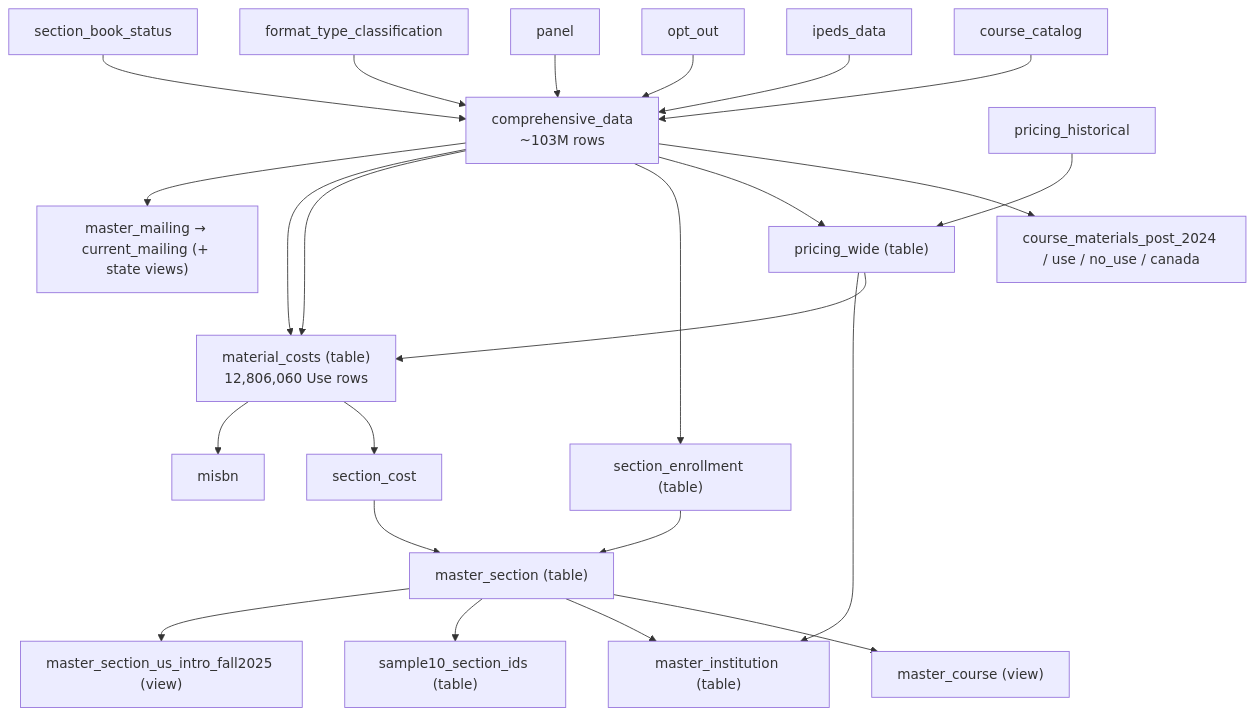
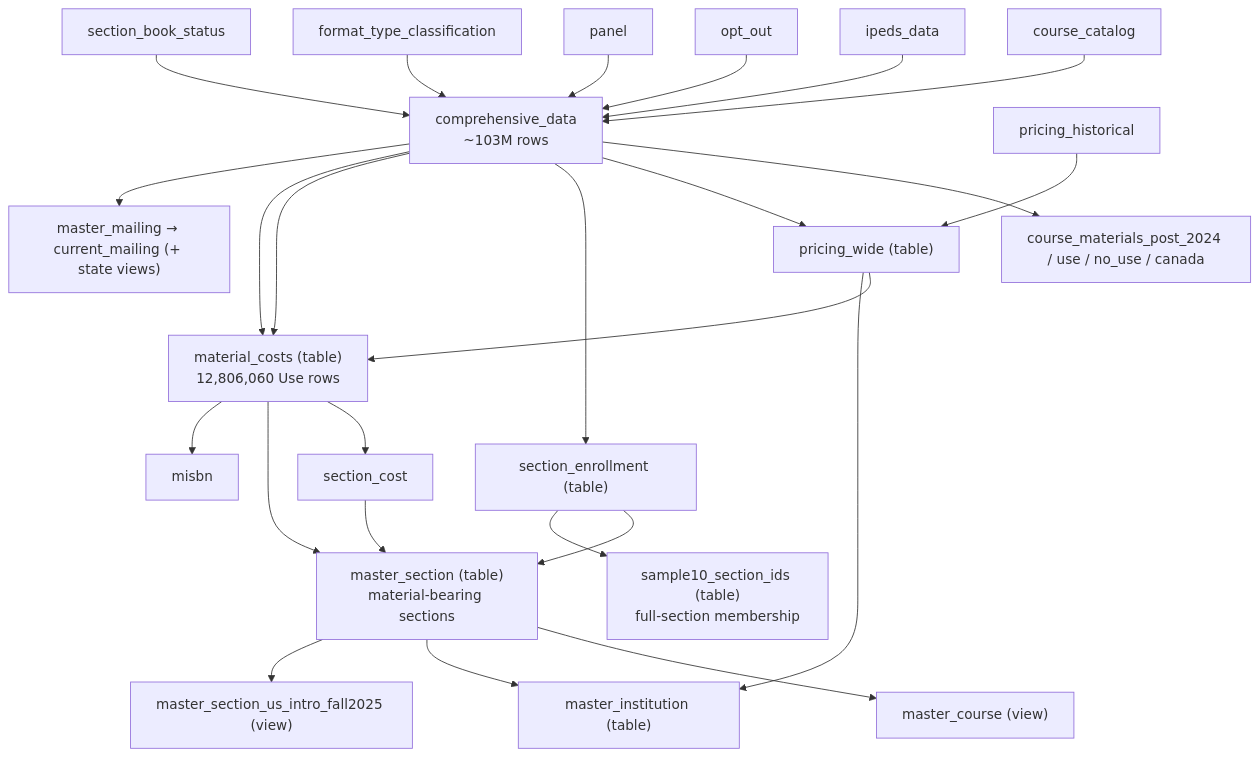
The diagram in SCHEMA.md (christopherseaman/commodoreSQL), drawn with Mermaid before and after one commit. The commit also changed other lines of this file and 41 other files, not shown here.

Commit message:
fix: align master section with material cost flow

````diff
--- a/SCHEMA.md
+++ b/SCHEMA.md
@@ -116,26 +116,27 @@
 ```mermaid
 flowchart TD
     catalog["course_catalog"] --> cd["comprehensive_data<br/>~103M rows"]
     ipeds["ipeds_data"] --> cd
     optout["opt_out"] --> cd
     panel["panel"] --> cd
     ftc["format_type_classification"] --> cd
     sbs["section_book_status"] --> cd
     cd --> pop["course_materials_post_2024 / use / no_use / canada"]
     pricing["pricing_historical"] --> pw["pricing_wide (table)"]
     cd --> pw
     cd --> se["section_enrollment (table)"]
     cd --> mcst["material_costs (table)<br/>12,806,060 Use rows"]
     pw --> mcst
     cd --> mcst
     mcst --> sc["section_cost"]
-    se --> ms["master_section (table)"]
+    mcst --> ms["master_section (table)<br/>material-bearing sections"]
+    se --> ms
     sc --> ms
     ms --> mc["master_course (view)"]
     ms --> mi["master_institution (table)"]
     pw --> mi
     mcst --> misbn
-    ms --> sample10["sample10_section_ids (table)"]
+    se --> sample10["sample10_section_ids (table)<br/>full-section membership"]
     ms --> usv["master_section_us_intro_fall2025 (view)"]
     cd --> mm["master_mailing → current_mailing (+ state views)"]
 ```
````
